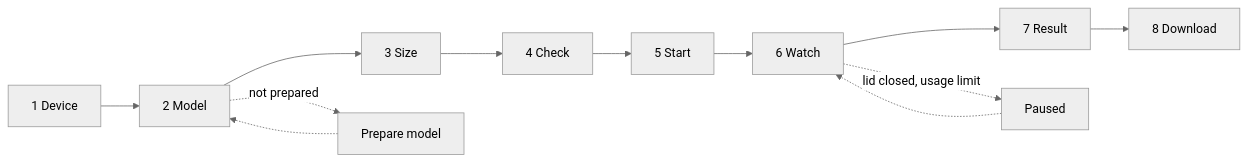
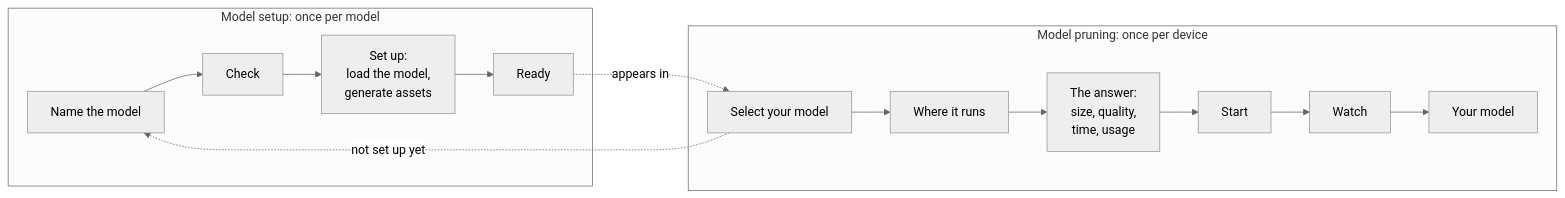
The first of 2 diagrams in docs/APP_DESIGN.md (stephxu96/pruneagent), drawn with Mermaid (neutral theme) before and after one commit. The commit also changed other lines of this file, not shown here.

Commit message:
App design: two user stories, model setup and model pruning

````diff
--- a/docs/APP_DESIGN.md
+++ b/docs/APP_DESIGN.md
@@ -43,6 +52,11 @@
 ```mermaid
 flowchart LR
-    A[1 Device] --> B[2 Model] --> C[3 Size] --> D[4 Check] --> E[5 Start] --> F[6 Watch] --> G[7 Result] --> H[8 Download]
-    B -. not prepared .-> P[Prepare model] -.-> B
-    F -. lid closed, usage limit .-> X[Paused] -.-> F
+    subgraph Setup[Model setup: once per model]
+        S1[Name the model] --> S2[Check] --> S3[Set up:<br/>load the model,<br/>generate assets] --> S4[Ready]
+    end
+    subgraph Pruning[Model pruning: once per device]
+        P1[Select your model] --> P2[Where it runs] --> P3[The answer:<br/>size, quality,<br/>time, usage] --> P4[Start] --> P5[Watch] --> P6[Your model]
+    end
+    S4 -. appears in .-> P1
+    P1 -. not set up yet .-> S1
 ```
````
